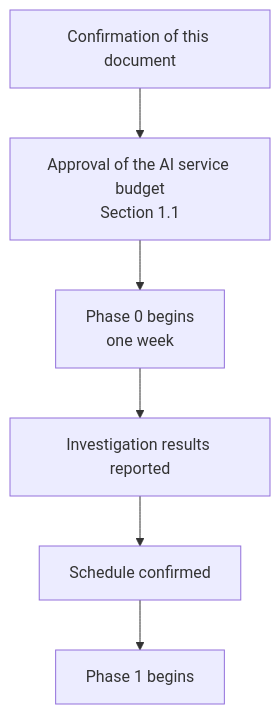
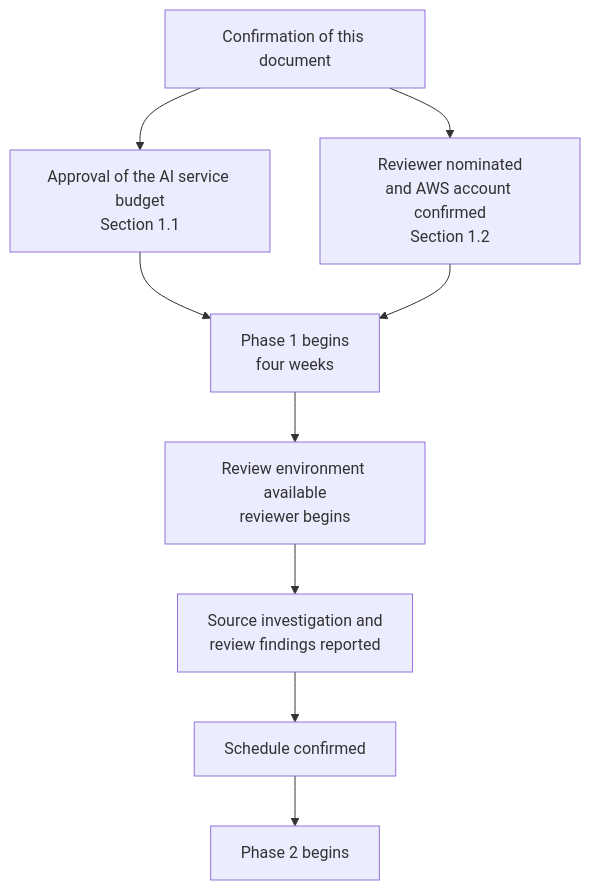
Before and after one commit to KashouMMT/llm-system: the seventh of 7 diagrams in documentation/markdown/en/Project_Schedule.md, drawn with Mermaid. The commit also changed other lines of this file and 36 other files, not shown here.

````diff
--- a/documentation/markdown/en/Project_Schedule.md
+++ b/documentation/markdown/en/Project_Schedule.md
@@ -480,8 +514,11 @@
 ```mermaid
 flowchart TD
     A["Confirmation of this document"] --> B["Approval of the AI service budget<br/>Section 1.1"]
-    B --> C["Phase 0 begins<br/>one week"]
-    C --> D["Investigation results reported"]
-    D --> E["Schedule confirmed"]
-    E --> F["Phase 1 begins"]
+    B --> C["Phase 1 begins<br/>four weeks"]
+    A --> R["Reviewer nominated<br/>and AWS account confirmed<br/>Section 1.2"]
+    R --> C
+    C --> D["Review environment available<br/>reviewer begins"]
+    D --> E["Source investigation and<br/>review findings reported"]
+    E --> F["Schedule confirmed"]
+    F --> G["Phase 2 begins"]
 ```
````
